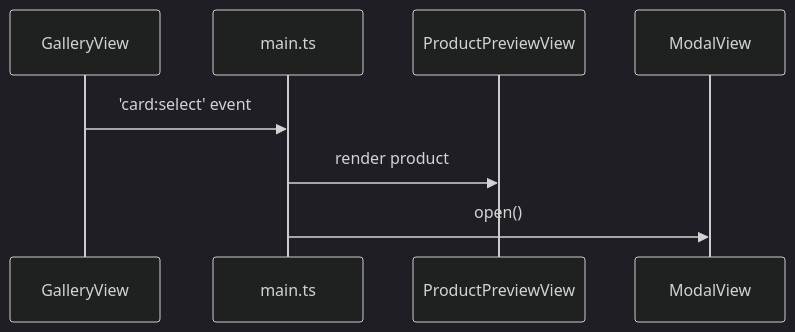
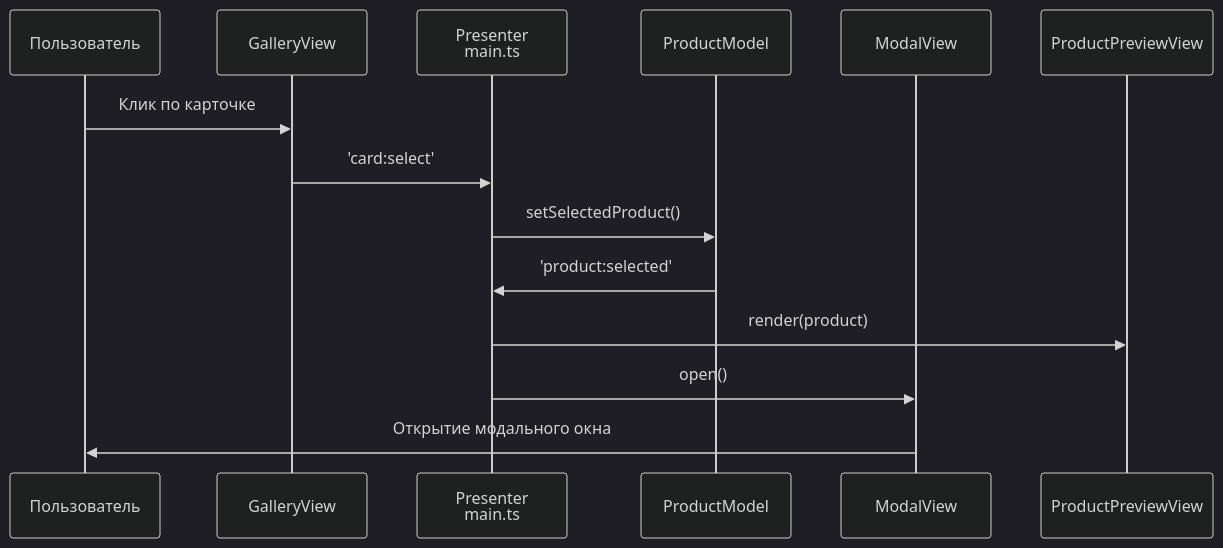
The third of 5 diagrams in README.md (p-nastasiya/weblarek), drawn with Mermaid (dark theme) before and after one commit. The commit also changed other lines of this file and 18 other files, not shown here.

````diff
--- a/README.md
+++ b/README.md
@@ -459,11 +480,17 @@
 ```mermaid
 sequenceDiagram
-    participant G as GalleryView
-    participant M as main.ts
-    participant P as ProductPreviewView
+    participant U as Пользователь
+    participant GV as GalleryView
+    participant P as Presenter<br/>main.ts
+    participant PM as ProductModel
     participant MV as ModalView
+    participant PV as ProductPreviewView
     
-    G->>M: 'card:select' event
-    M->>P: render product
-    M->>MV: open()
+    U->>GV: Клик по карточке
+    GV->>P: 'card:select'
+    P->>PM: setSelectedProduct()
+    PM->>P: 'product:selected'
+    P->>PV: render(product)
+    P->>MV: open()
+    MV->>U: Открытие модального окна
 ```
````
